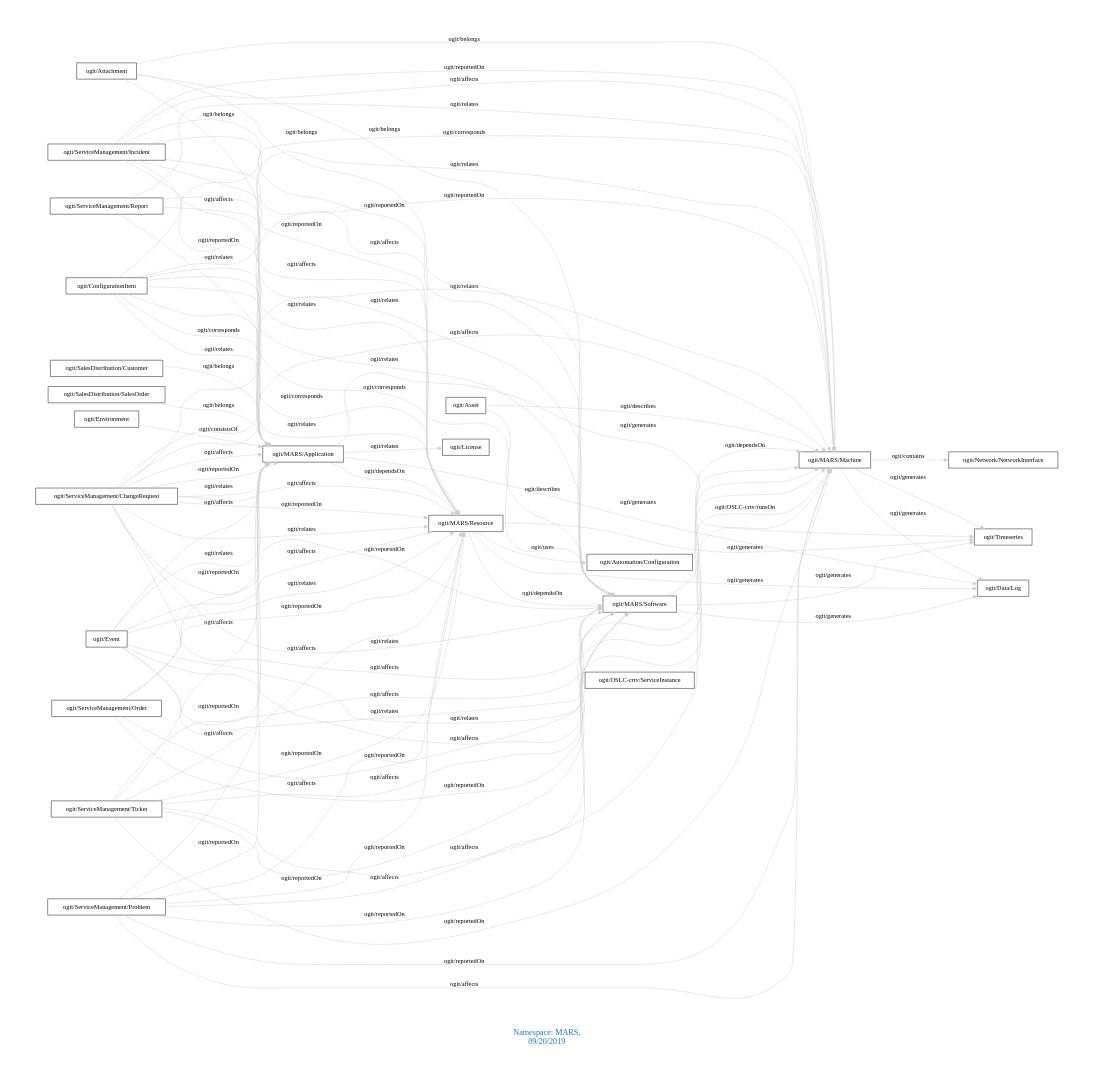
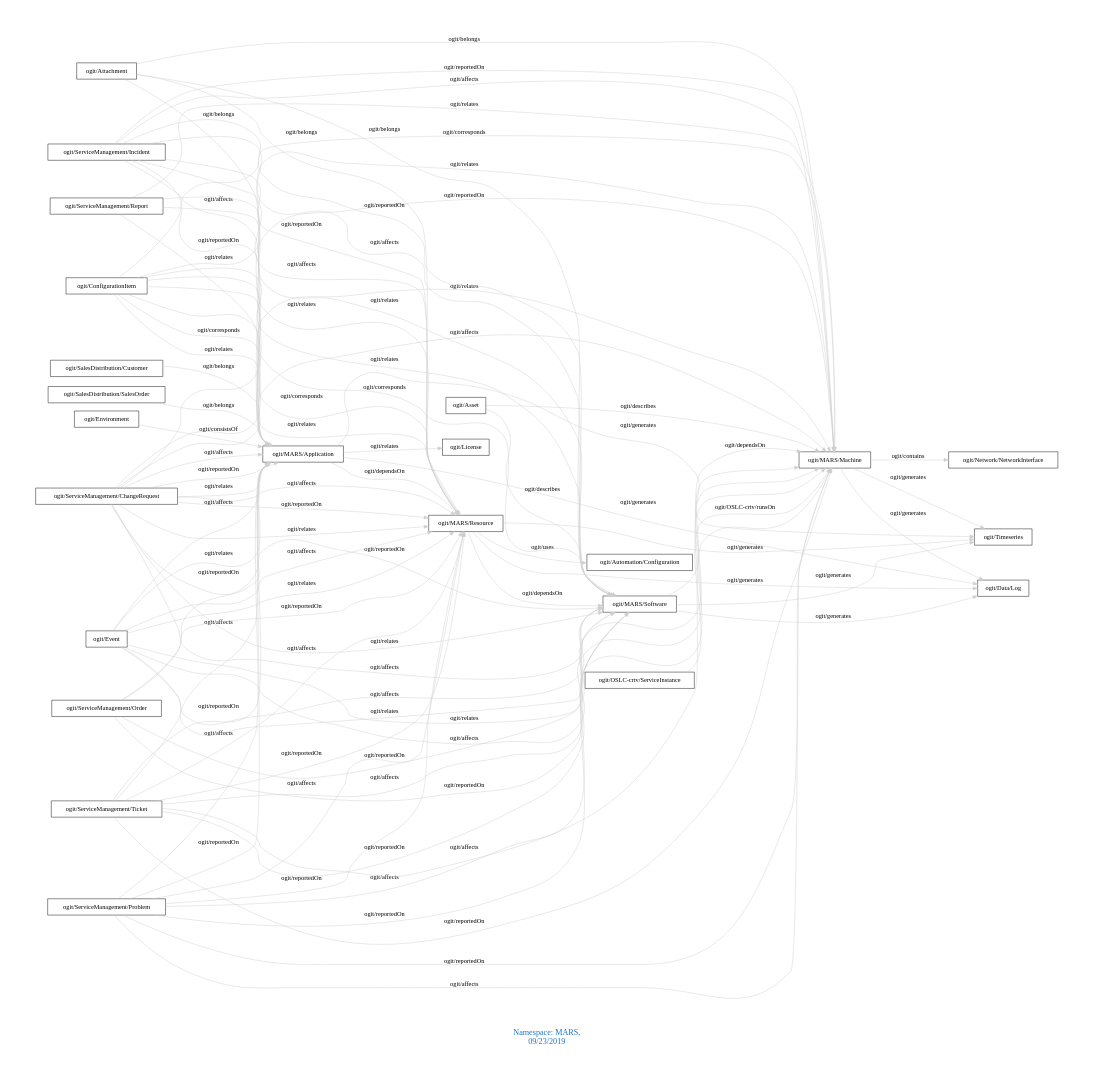
The diagram in downloads/MARS.dot (arago/OGIT), drawn with Graphviz before and after one commit. The commit also changed 1527 other files, not shown here.

```diff
--- a/downloads/MARS.dot
+++ b/downloads/MARS.dot
@@ -1,92 +1,92 @@
 digraph OGIT_ontology {
  graph [ rankdir= LR,pad=1 
 fontsize = 18,
-fontcolor= dodgerblue3,label = "\n\n\nNamespace: MARS, \n 09/20/2019"];
+fontcolor= dodgerblue3,label = "\n\n\nNamespace: MARS, \n 09/23/2019"];
 node[shape=polygon];
 edge [  color="gray81"];
 
    "ogit/MARS/Machine" -> "ogit/Network/NetworkInterface" [label="   ogit/contains    "];
    "ogit/MARS/Application" -> "ogit/Data/Log" [label="   ogit/generates    "];
    "ogit/MARS/Application" -> "ogit/Timeseries" [label="   ogit/generates    "];
    "ogit/MARS/Machine" -> "ogit/Data/Log" [label="   ogit/generates    "];
    "ogit/MARS/Machine" -> "ogit/Timeseries" [label="   ogit/generates    "];
    "ogit/MARS/Resource" -> "ogit/Data/Log" [label="   ogit/generates    "];
    "ogit/MARS/Resource" -> "ogit/Timeseries" [label="   ogit/generates    "];
    "ogit/MARS/Software" -> "ogit/Data/Log" [label="   ogit/generates    "];
    "ogit/MARS/Software" -> "ogit/Timeseries" [label="   ogit/generates    "];
    "ogit/Asset" -> "ogit/MARS/Software" [label="   ogit/describes    "];
    "ogit/Asset" -> "ogit/MARS/Machine" [label="   ogit/describes    "];
    "ogit/ConfigurationItem" -> "ogit/MARS/Application" [label="   ogit/corresponds    "];
    "ogit/ConfigurationItem" -> "ogit/MARS/Resource" [label="   ogit/corresponds    "];
    "ogit/ConfigurationItem" -> "ogit/MARS/Software" [label="   ogit/corresponds    "];
    "ogit/ConfigurationItem" -> "ogit/MARS/Machine" [label="   ogit/corresponds    "];
    "ogit/ServiceManagement/ChangeRequest" -> "ogit/MARS/Application" [label="   ogit/affects    "];
    "ogit/ServiceManagement/ChangeRequest" -> "ogit/MARS/Resource" [label="   ogit/affects    "];
    "ogit/ServiceManagement/ChangeRequest" -> "ogit/MARS/Software" [label="   ogit/affects    "];
    "ogit/ServiceManagement/ChangeRequest" -> "ogit/MARS/Machine" [label="   ogit/affects    "];
    "ogit/ServiceManagement/Incident" -> "ogit/MARS/Application" [label="   ogit/affects    "];
    "ogit/ServiceManagement/Incident" -> "ogit/MARS/Resource" [label="   ogit/affects    "];
    "ogit/ServiceManagement/Incident" -> "ogit/MARS/Software" [label="   ogit/affects    "];
    "ogit/ServiceManagement/Incident" -> "ogit/MARS/Machine" [label="   ogit/affects    "];
    "ogit/ServiceManagement/Problem" -> "ogit/MARS/Application" [label="   ogit/affects    "];
    "ogit/ServiceManagement/Problem" -> "ogit/MARS/Resource" [label="   ogit/affects    "];
    "ogit/ServiceManagement/Problem" -> "ogit/MARS/Software" [label="   ogit/affects    "];
    "ogit/ServiceManagement/Problem" -> "ogit/MARS/Machine" [label="   ogit/affects    "];
    "ogit/ServiceManagement/Ticket" -> "ogit/MARS/Application" [label="   ogit/affects    "];
    "ogit/ServiceManagement/Ticket" -> "ogit/MARS/Resource" [label="   ogit/affects    "];
    "ogit/ServiceManagement/Ticket" -> "ogit/MARS/Software" [label="   ogit/affects    "];
    "ogit/ServiceManagement/Ticket" -> "ogit/MARS/Machine" [label="   ogit/affects    "];
    "ogit/Event" -> "ogit/MARS/Application" [label="   ogit/affects    "];
    "ogit/Event" -> "ogit/MARS/Resource" [label="   ogit/affects    "];
    "ogit/Event" -> "ogit/MARS/Software" [label="   ogit/affects    "];
    "ogit/Event" -> "ogit/MARS/Machine" [label="   ogit/affects    "];
    "ogit/OSLC-crtv/ServiceInstance" -> "ogit/MARS/Machine" [label="   ogit/OSLC-crtv/runsOn    "];
    "ogit/MARS/Application" -> "ogit/MARS/Resource" [label="   ogit/dependsOn    "];
    "ogit/MARS/Resource" -> "ogit/MARS/Software" [label="   ogit/dependsOn    "];
    "ogit/MARS/Software" -> "ogit/MARS/Machine" [label="   ogit/dependsOn    "];
    "ogit/SalesDistribution/Customer" -> "ogit/MARS/Application" [label="   ogit/belongs    "];
    "ogit/SalesDistribution/SalesOrder" -> "ogit/MARS/Application" [label="   ogit/belongs    "];
    "ogit/Attachment" -> "ogit/MARS/Machine" [label="   ogit/belongs    "];
    "ogit/Attachment" -> "ogit/MARS/Software" [label="   ogit/belongs    "];
    "ogit/Attachment" -> "ogit/MARS/Resource" [label="   ogit/belongs    "];
    "ogit/Attachment" -> "ogit/MARS/Application" [label="   ogit/belongs    "];
    "ogit/MARS/Resource" -> "ogit/Automation/Configuration" [label="   ogit/uses    "];
    "ogit/ServiceManagement/ChangeRequest" -> "ogit/MARS/Machine" [label="   ogit/reportedOn    "];
    "ogit/ServiceManagement/ChangeRequest" -> "ogit/MARS/Software" [label="   ogit/reportedOn    "];
    "ogit/ServiceManagement/ChangeRequest" -> "ogit/MARS/Resource" [label="   ogit/reportedOn    "];
    "ogit/ServiceManagement/ChangeRequest" -> "ogit/MARS/Application" [label="   ogit/reportedOn    "];
    "ogit/ServiceManagement/Incident" -> "ogit/MARS/Machine" [label="   ogit/reportedOn    "];
    "ogit/ServiceManagement/Incident" -> "ogit/MARS/Software" [label="   ogit/reportedOn    "];
    "ogit/ServiceManagement/Incident" -> "ogit/MARS/Resource" [label="   ogit/reportedOn    "];
    "ogit/ServiceManagement/Incident" -> "ogit/MARS/Application" [label="   ogit/reportedOn    "];
    "ogit/ServiceManagement/Order" -> "ogit/MARS/Machine" [label="   ogit/reportedOn    "];
    "ogit/ServiceManagement/Order" -> "ogit/MARS/Software" [label="   ogit/reportedOn    "];
    "ogit/ServiceManagement/Order" -> "ogit/MARS/Resource" [label="   ogit/reportedOn    "];
    "ogit/ServiceManagement/Order" -> "ogit/MARS/Application" [label="   ogit/reportedOn    "];
    "ogit/ServiceManagement/Problem" -> "ogit/MARS/Machine" [label="   ogit/reportedOn    "];
    "ogit/ServiceManagement/Problem" -> "ogit/MARS/Software" [label="   ogit/reportedOn    "];
    "ogit/ServiceManagement/Problem" -> "ogit/MARS/Resource" [label="   ogit/reportedOn    "];
    "ogit/ServiceManagement/Problem" -> "ogit/MARS/Application" [label="   ogit/reportedOn    "];
    "ogit/ServiceManagement/Ticket" -> "ogit/MARS/Machine" [label="   ogit/reportedOn    "];
    "ogit/ServiceManagement/Ticket" -> "ogit/MARS/Software" [label="   ogit/reportedOn    "];
    "ogit/ServiceManagement/Ticket" -> "ogit/MARS/Resource" [label="   ogit/reportedOn    "];
    "ogit/ServiceManagement/Ticket" -> "ogit/MARS/Application" [label="   ogit/reportedOn    "];
    "ogit/Environment" -> "ogit/MARS/Application" [label="   ogit/consistsOf    "];
    "ogit/MARS/Application" -> "ogit/License" [label="   ogit/relates    "];
    "ogit/ServiceManagement/ChangeRequest" -> "ogit/MARS/Machine" [label="   ogit/relates    "];
    "ogit/ServiceManagement/ChangeRequest" -> "ogit/MARS/Software" [label="   ogit/relates    "];
    "ogit/ServiceManagement/ChangeRequest" -> "ogit/MARS/Resource" [label="   ogit/relates    "];
    "ogit/ServiceManagement/ChangeRequest" -> "ogit/MARS/Application" [label="   ogit/relates    "];
    "ogit/ServiceManagement/Report" -> "ogit/MARS/Machine" [label="   ogit/relates    "];
    "ogit/ServiceManagement/Report" -> "ogit/MARS/Software" [label="   ogit/relates    "];
    "ogit/ServiceManagement/Report" -> "ogit/MARS/Resource" [label="   ogit/relates    "];
    "ogit/ServiceManagement/Report" -> "ogit/MARS/Application" [label="   ogit/relates    "];
    "ogit/ConfigurationItem" -> "ogit/MARS/Machine" [label="   ogit/relates    "];
    "ogit/ConfigurationItem" -> "ogit/MARS/Software" [label="   ogit/relates    "];
    "ogit/ConfigurationItem" -> "ogit/MARS/Resource" [label="   ogit/relates    "];
    "ogit/ConfigurationItem" -> "ogit/MARS/Application" [label="   ogit/relates    "];
    "ogit/Event" -> "ogit/MARS/Machine" [label="   ogit/relates    "];
    "ogit/Event" -> "ogit/MARS/Software" [label="   ogit/relates    "];
    "ogit/Event" -> "ogit/MARS/Resource" [label="   ogit/relates    "];
    "ogit/Event" -> "ogit/MARS/Application" [label="   ogit/relates    "];
 }
```
